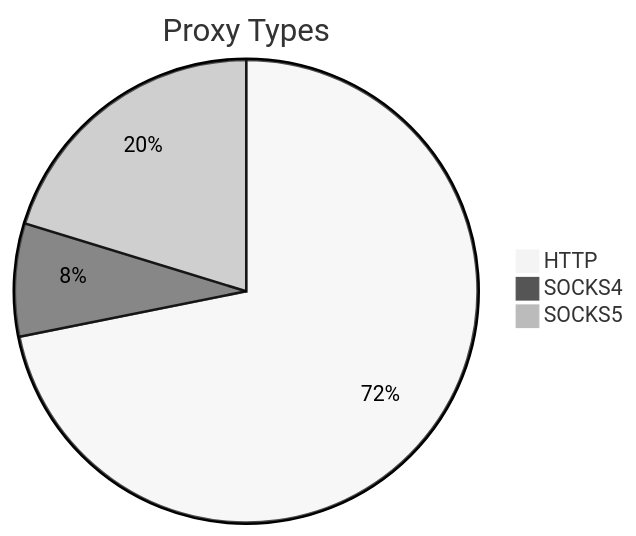
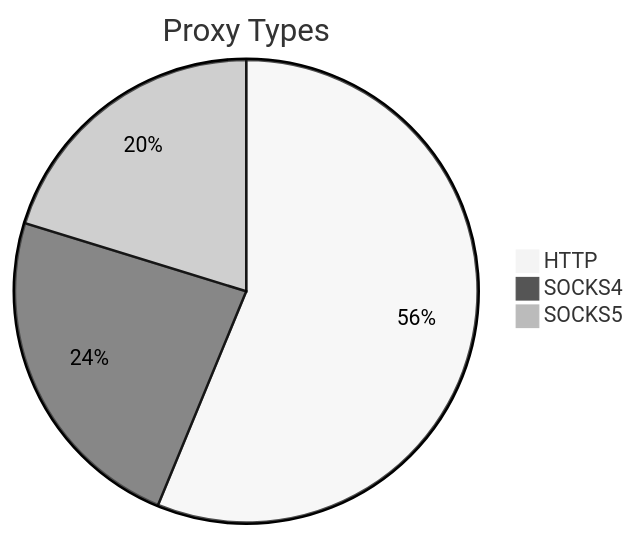
The first of 2 diagrams in README.md (stormsia/proxy-list), drawn with Mermaid (neutral theme) before and after one commit. The commit also changed other lines of this file, not shown here.

````diff
--- a/README.md
+++ b/README.md
@@ -21,6 +21,6 @@
 ```mermaid
 pie title Proxy Types
-    "HTTP" : 273
-    "SOCKS4" : 30
-    "SOCKS5" : 77
+    "HTTP" : 361
+    "SOCKS4" : 151
+    "SOCKS5" : 130
 ```
````
